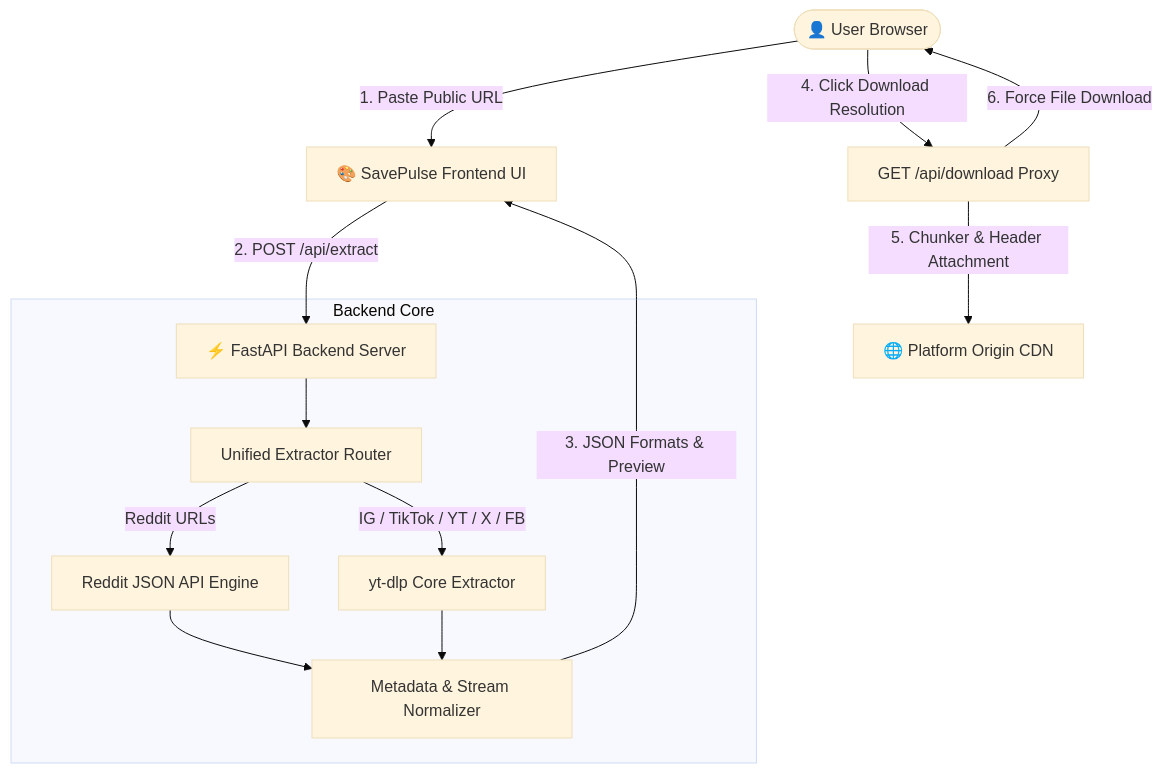
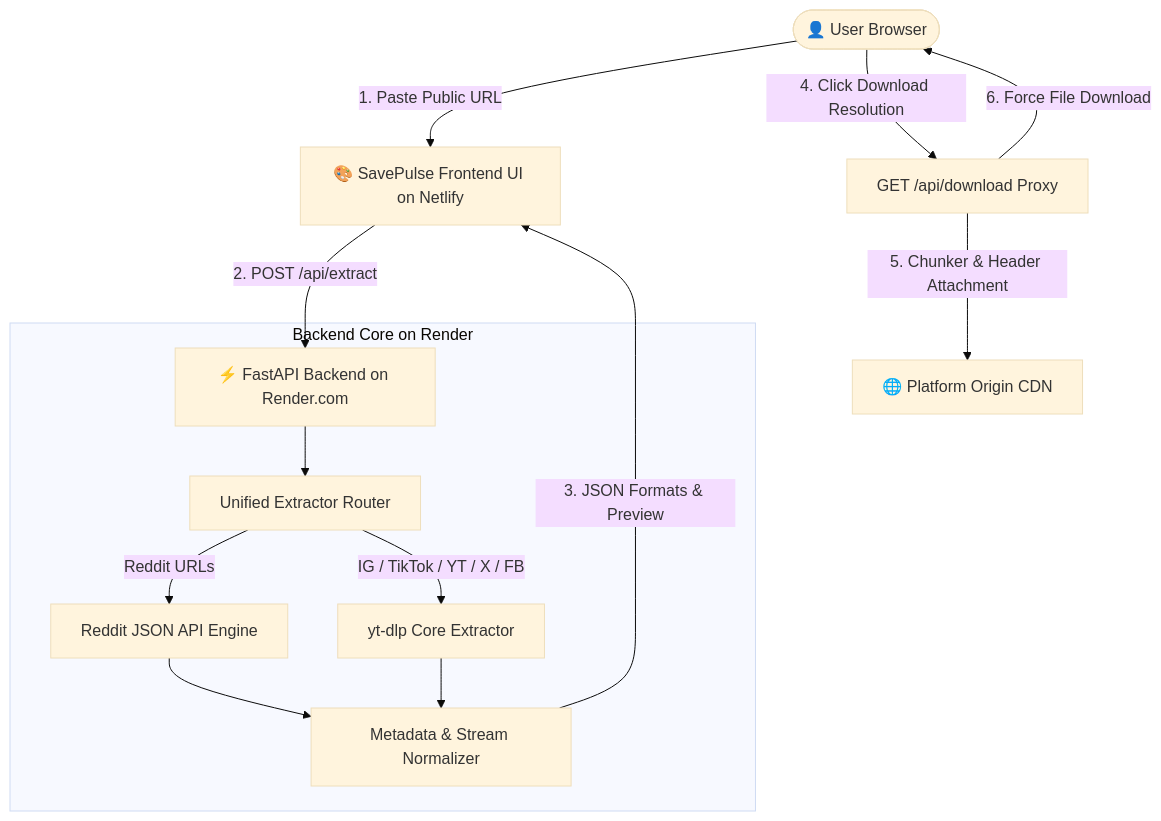
Before and after one commit to aakashsakhalkar/SavePulse: the first of 2 diagrams in README.md, drawn with Mermaid (base theme). The commit also changed other lines of this file and 1 other file, not shown here.

Commit message:
Update Render live backend URL and comprehensive README documentation

````diff
--- a/README.md
+++ b/README.md
@@ -54,20 +60,20 @@
 ```mermaid
 graph TD
-    User([👤 User Browser]) -->|1. Paste Public URL| Frontend[🎨 SavePulse Frontend UI]
-    Frontend -->|2. POST /api/extract| FastAPI[⚡ FastAPI Backend Server]
+    User([👤 User Browser]) -->|1. Paste Public URL| Frontend[🎨 SavePulse Frontend UI on Netlify]
+    Frontend -->|2. POST /api/extract| FastAPI[⚡ FastAPI Backend on Render.com]
     
-    subgraph Backend Core
+    subgraph Backend Core on Render
         FastAPI --> Router[Unified Extractor Router]
         
         Router -->|Reddit URLs| RedditEngine[Reddit JSON API Engine]
         Router -->|IG / TikTok / YT / X / FB| YtDlpEngine[yt-dlp Core Extractor]
         
         RedditEngine --> MetadataParser[Metadata & Stream Normalizer]
         YtDlpEngine --> MetadataParser
     end
     
     MetadataParser -->|3. JSON Formats & Preview| Frontend
     User -->|4. Click Download Resolution| StreamProxy[GET /api/download Proxy]
     StreamProxy -->|5. Chunker & Header Attachment| OriginCDN[🌐 Platform Origin CDN]
     StreamProxy -->|6. Force File Download| User
 ```
````
